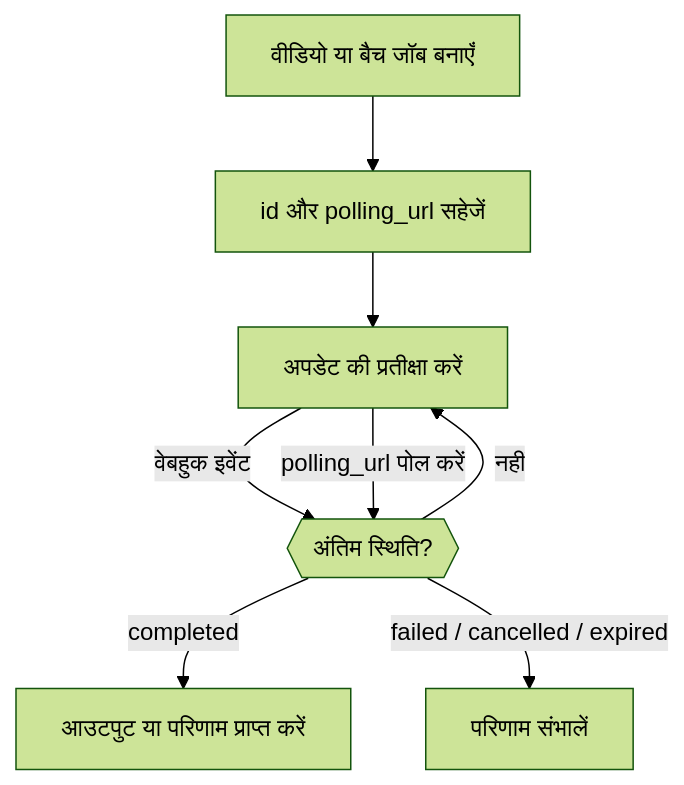
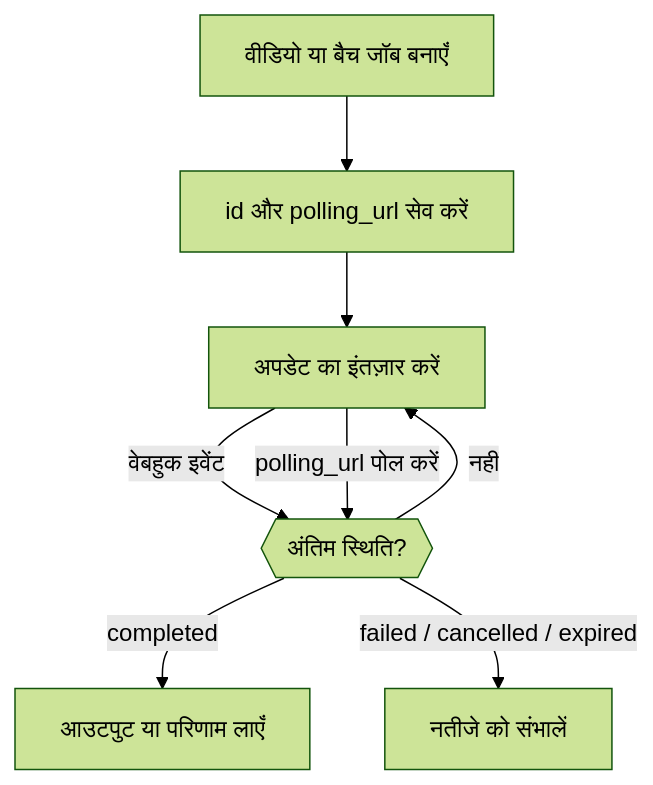
The diagram in apps/docs/hi/v1/guides/async-video-and-batch.mdx (phaseoteam/Phaseo), drawn with Mermaid (forest theme) before and after one commit. The commit also changed other lines of this file and 3793 other files, not shown here.

````diff
--- a/apps/docs/hi/v1/guides/async-video-and-batch.mdx
+++ b/apps/docs/hi/v1/guides/async-video-and-batch.mdx
@@ -39,10 +14,10 @@
 ```mermaid
 flowchart TD
-  newJob["वीडियो या बैच जॉब बनाएँ"] --> store["id और polling_url सहेजें"]
-  store --> waiting["अपडेट की प्रतीक्षा करें"]
+  newJob["वीडियो या बैच जॉब बनाएँ"] --> store["id और polling_url सेव करें"]
+  store --> waiting["अपडेट का इंतज़ार करें"]
   waiting -->|"वेबहुक इवेंट"| terminal{{"अंतिम स्थिति?"}}
   waiting -->|"polling_url पोल करें"| terminal
   terminal -->|"नहीं"| waiting
-  terminal -->|"completed"| fetchOut["आउटपुट या परिणाम प्राप्त करें"]
-  terminal -->|"failed / cancelled / expired"| outcome["परिणाम संभालें"]
+  terminal -->|"completed"| fetchOut["आउटपुट या परिणाम लाएँ"]
+  terminal -->|"failed / cancelled / expired"| outcome["नतीजे को संभालें"]
 ```
````
